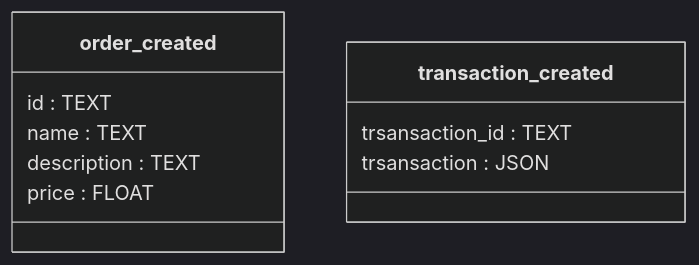
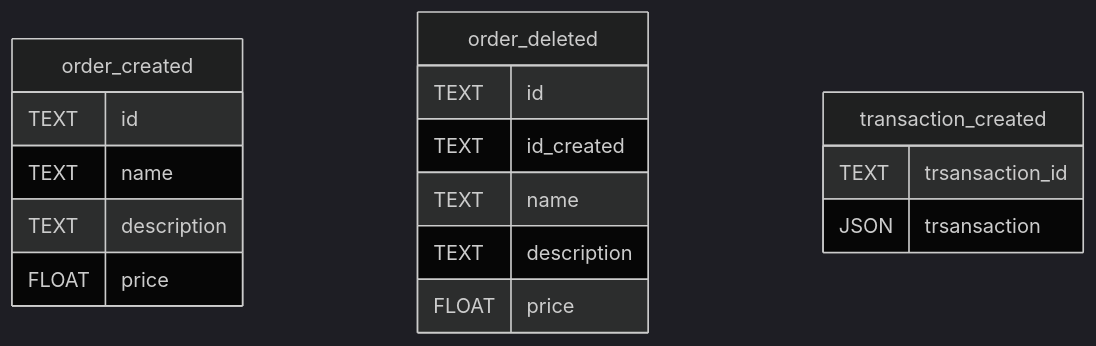
Before and after one commit to tiagornandrade/flask-api-order-python-kafka: the second of 2 diagrams in README.md, drawn with Mermaid (dark theme). The commit also changed other lines of this file, not shown here.

Commit message:
include order_deleted on README

````diff
--- a/README.md
+++ b/README.md
@@ -36,15 +41,23 @@
 ```mermaid
-classDiagram
+erDiagram
 
-class order_created {
-    id : TEXT
-	name : TEXT
-    description : TEXT
-    price : FLOAT
+order_created {
+    TEXT id
+	TEXT name
+    TEXT description
+    FLOAT price
 }
 
-class transaction_created {
-    trsansaction_id : TEXT
-	trsansaction : JSON
+order_deleted {
+    TEXT id
+    TEXT id_created
+	TEXT name
+    TEXT description
+    FLOAT price
+}
+
+transaction_created {
+    TEXT trsansaction_id
+	JSON trsansaction
 }
 ```
````
